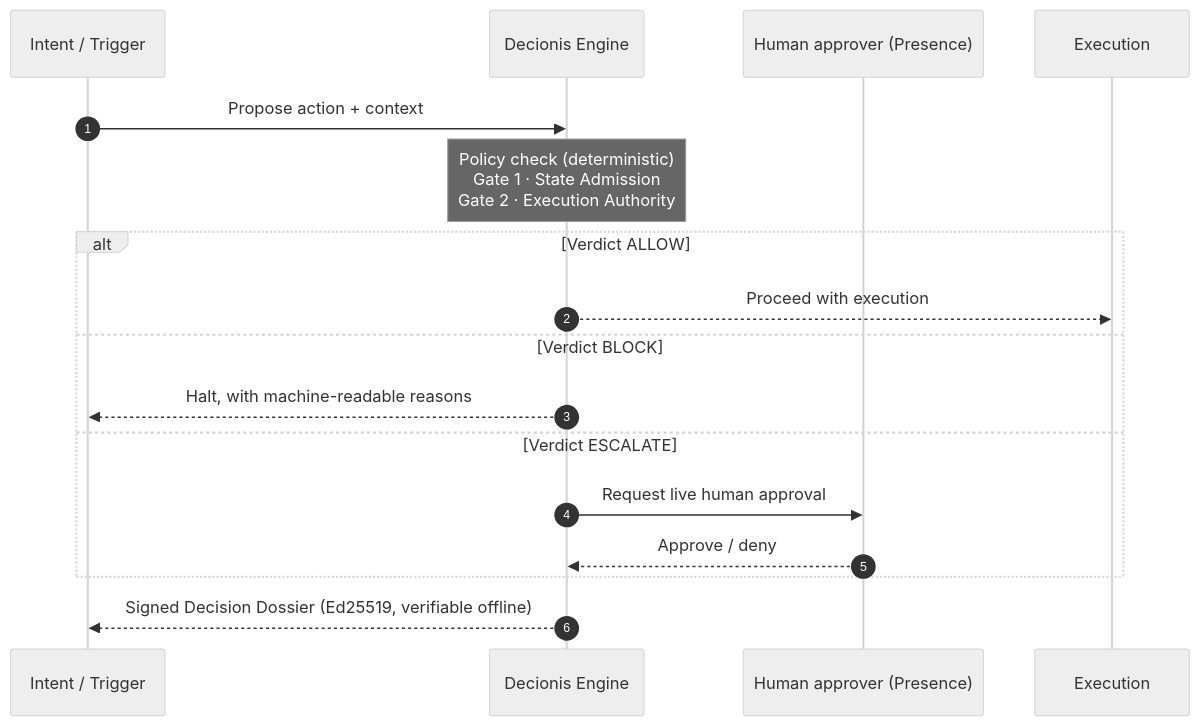
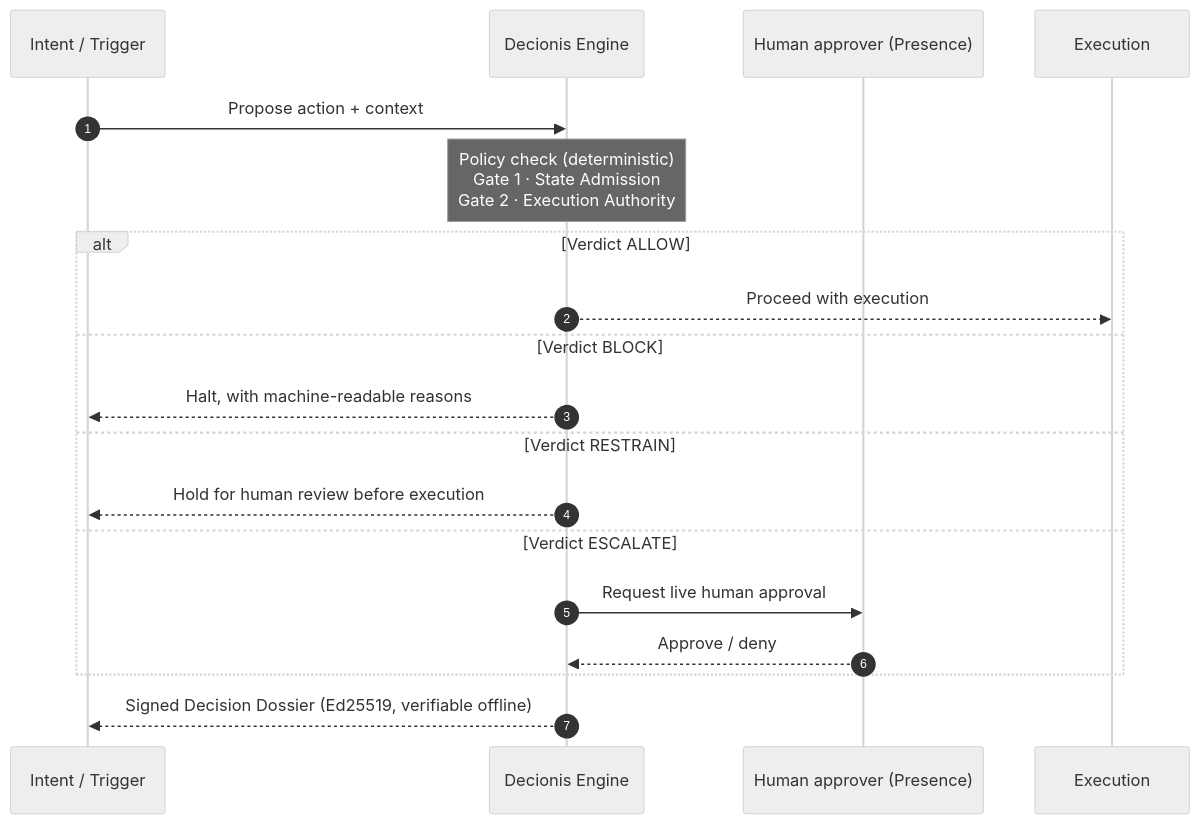
One commit to decionis/.github changed the diagram in profile/README.md. Above: the diagram before and after it, drawn with Mermaid (neutral theme). The commit also changed other lines of this file and 1 other file, not shown here.

First line of the commit message:
Correct verdict set, broken commands, and internal links

````diff
--- a/profile/README.md
+++ b/profile/README.md
@@ -36,20 +37,22 @@
 ```mermaid
 sequenceDiagram
     autonumber
     participant T as Intent / Trigger
     participant E as Decionis Engine
     participant H as Human approver (Presence)
     participant X as Execution
 
     T->>E: Propose action + context
     Note over E: Policy check (deterministic)<br/>Gate 1 · State Admission<br/>Gate 2 · Execution Authority
     alt Verdict ALLOW
         E-->>X: Proceed with execution
     else Verdict BLOCK
         E-->>T: Halt, with machine-readable reasons
+    else Verdict RESTRAIN
+        E-->>T: Hold for human review before execution
     else Verdict ESCALATE
         E->>H: Request live human approval
         H-->>E: Approve / deny
     end
     E-->>T: Signed Decision Dossier (Ed25519, verifiable offline)
 ```
````
